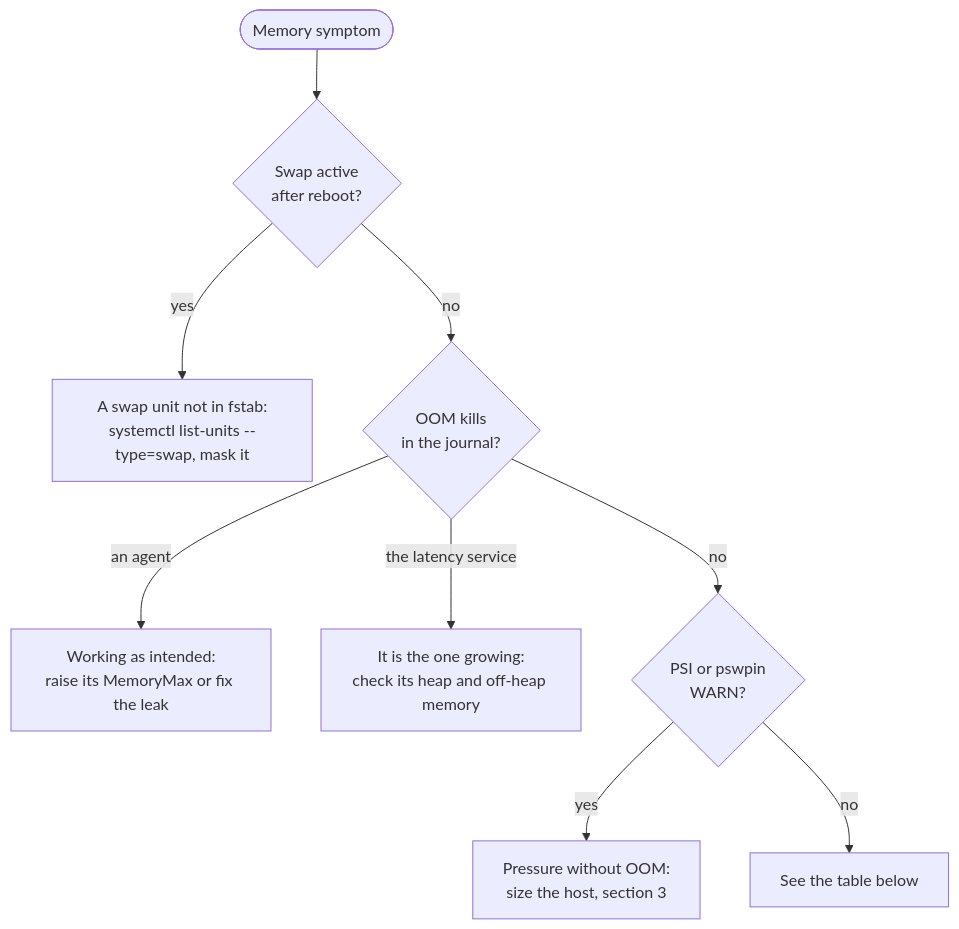
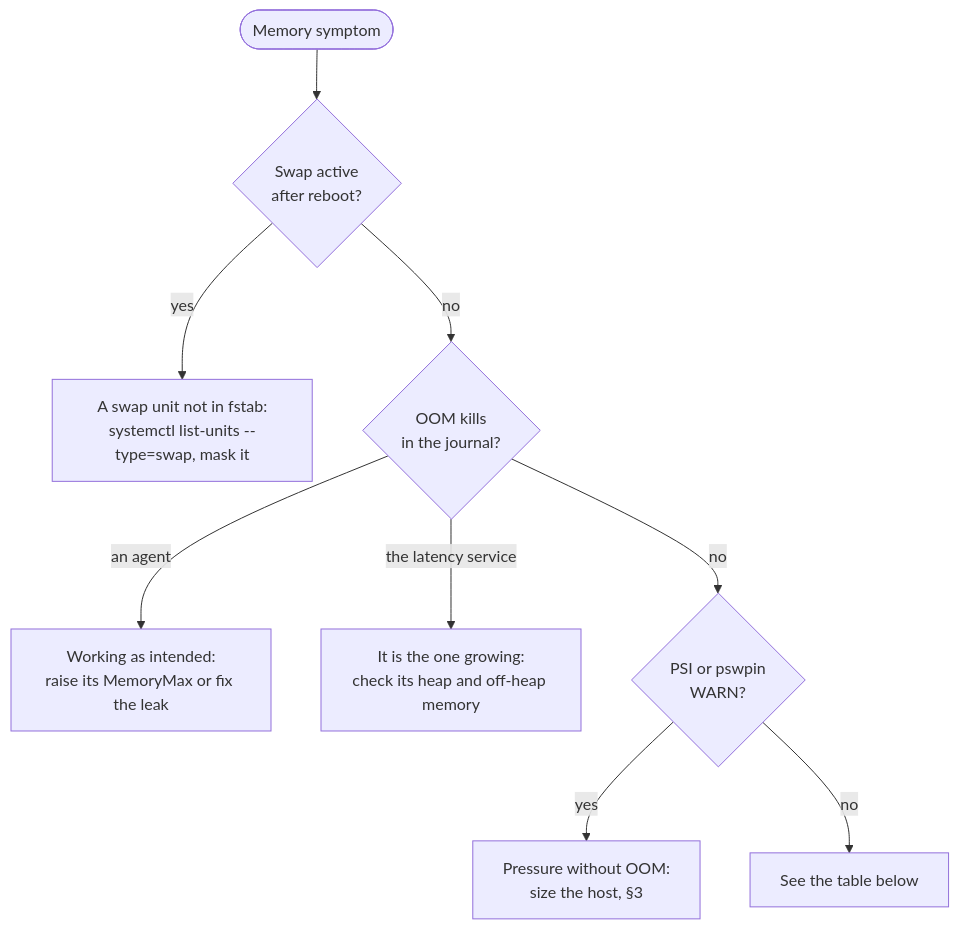
One commit to vitor-tadashi/mechanical-sympathy changed the second of 2 diagrams in guides/12-memory-pressure.md. Above: the diagram before and after it, drawn with Mermaid. The commit also changed other lines of this file and 61 other files, not shown here.

````diff
--- a/guides/12-memory-pressure.md
+++ b/guides/12-memory-pressure.md
@@ -201,11 +201,11 @@
 ```mermaid
 flowchart TD
   s(["Memory symptom"]) --> q1{"Swap active<br/>after reboot?"}
   q1 -- yes --> f1["A swap unit not in fstab:<br/>systemctl list-units --type=swap, mask it"]
   q1 -- no --> q2{"OOM kills<br/>in the journal?"}
   q2 -- "an agent" --> f2["Working as intended:<br/>raise its MemoryMax or fix the leak"]
   q2 -- "the latency service" --> f3["It is the one growing:<br/>check its heap and off-heap memory"]
   q2 -- no --> q3{"PSI or pswpin<br/>WARN?"}
-  q3 -- yes --> f4["Pressure without OOM:<br/>size the host, section 3"]
+  q3 -- yes --> f4["Pressure without OOM:<br/>size the host, §3"]
   q3 -- no --> t["See the table below"]
 ```
````
